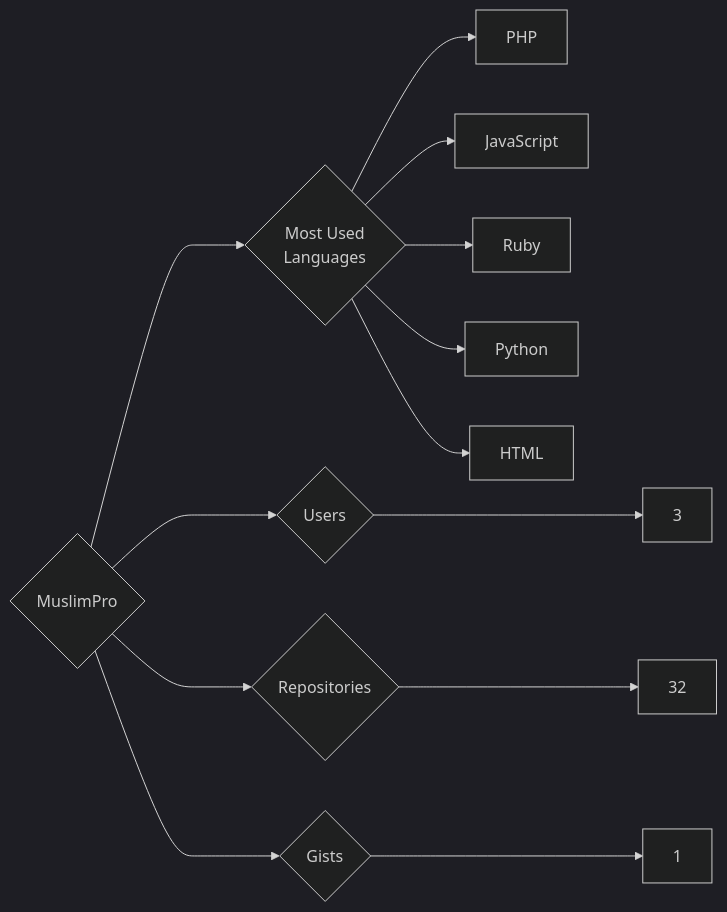
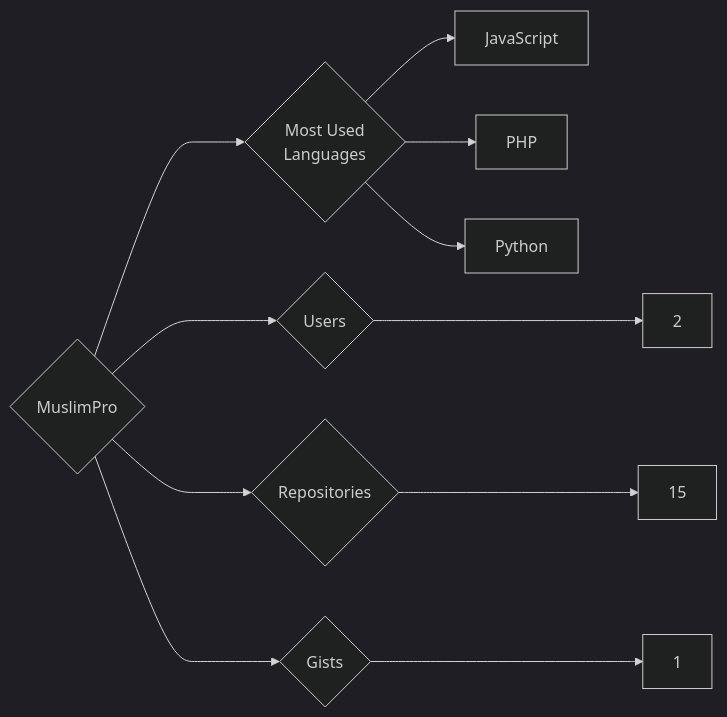
The diagram in targets/MuslimPro/README.md (trickest/insiders), drawn with Mermaid (dark theme) before and after one commit. The commit also changed 1170 other files, not shown here.

````diff
--- a/targets/MuslimPro/README.md
+++ b/targets/MuslimPro/README.md
@@ -3,13 +3,11 @@
 ```mermaid
 graph LR
 COMPANY_NAME{MuslimPro}
-COMPANY_NAME ---> U{Users} ---> UN[3]
-COMPANY_NAME ---> R{Repositories} ---> RN[32]
+COMPANY_NAME ---> U{Users} ---> UN[2]
+COMPANY_NAME ---> R{Repositories} ---> RN[15]
 COMPANY_NAME ---> G{Gists} ---> GN[1]
 COMPANY_NAME ---> ML{Most Used<br>Languages}
+ML --> JavaScript[JavaScript]
 ML --> PHP[PHP]
-ML --> JavaScript[JavaScript]
-ML --> Ruby[Ruby]
 ML --> Python[Python]
-ML --> HTML[HTML]
 ```
````
